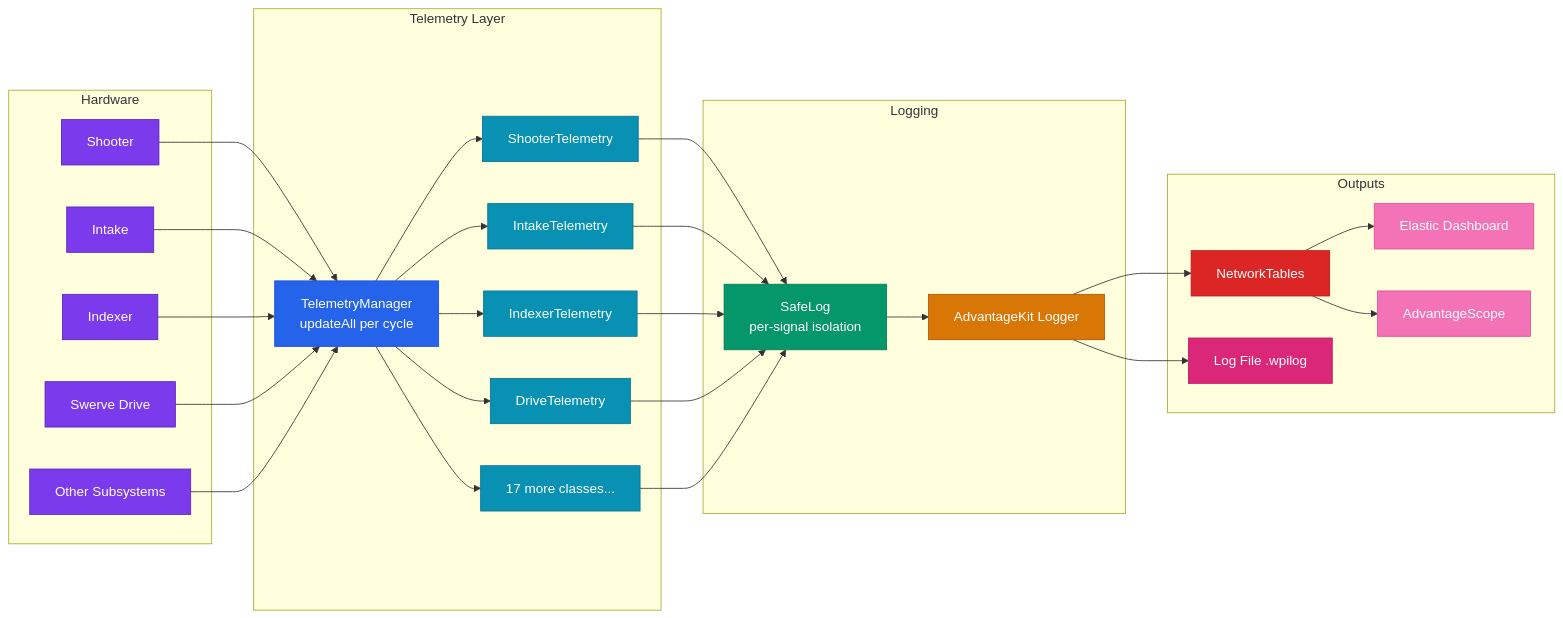
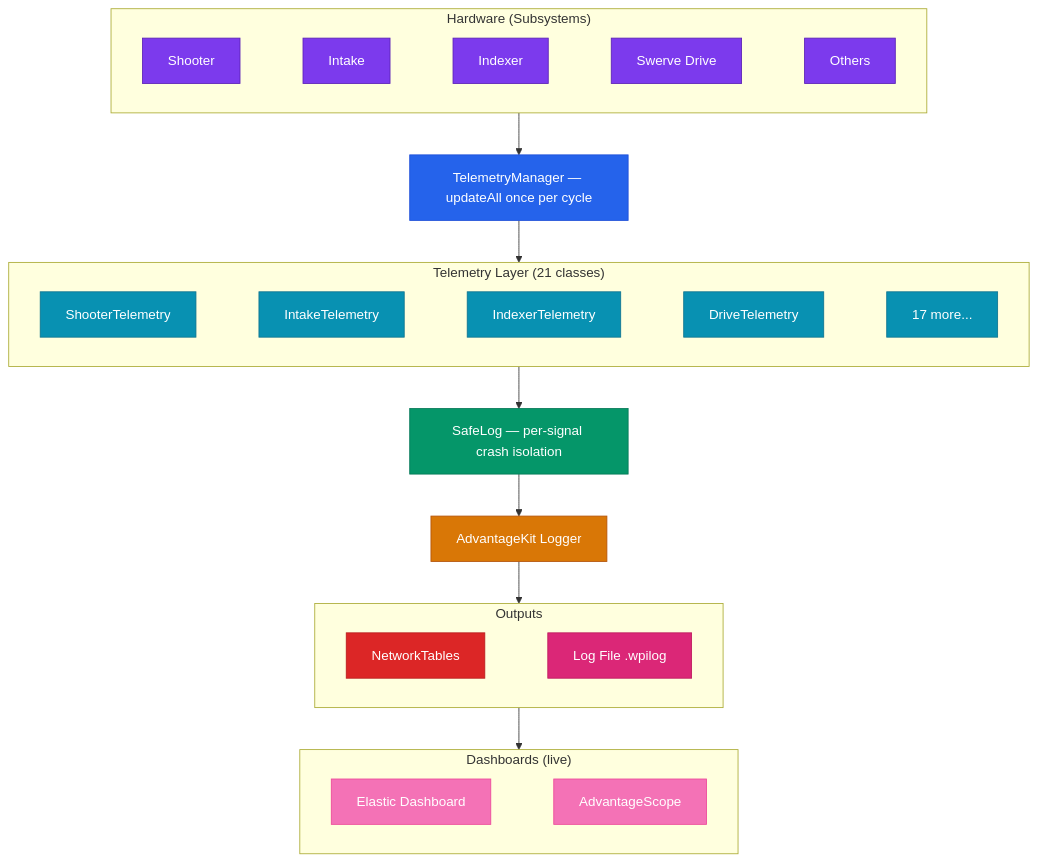
Before and after one commit to eeveemara/frc5962-2026-docs: the first of 3 diagrams in docs/architecture/system-overview.md, drawn with Mermaid. The commit also changed other lines of this file and 5 other files, not shown here.

Commit message:
chart clean up

````diff
--- a/docs/architecture/system-overview.md
+++ b/docs/architecture/system-overview.md
@@ -11,56 +11,48 @@
 ```mermaid
-flowchart LR
-    subgraph Hardware
-        S1[Shooter]
-        S2[Intake]
-        S3[Indexer]
-        S4[Swerve Drive]
-        S5[Other Subsystems]
+flowchart TB
+    subgraph HW ["Hardware (Subsystems)"]
+        direction LR
+        S1[Shooter] ~~~ S2[Intake] ~~~ S3[Indexer] ~~~ S4[Swerve Drive] ~~~ S5[Others]
     end
 
-    subgraph Telemetry Layer
-        TM[TelemetryManager<br/>updateAll per cycle]
-        T1[ShooterTelemetry]
-        T2[IntakeTelemetry]
-        T3[IndexerTelemetry]
-        T4[DriveTelemetry]
-        T5[17 more classes...]
+    TM[TelemetryManager — updateAll once per cycle]
+
+    subgraph TEL ["Telemetry Layer (21 classes)"]
+        direction LR
+        T1[ShooterTelemetry] ~~~ T2[IntakeTelemetry] ~~~ T3[IndexerTelemetry] ~~~ T4[DriveTelemetry] ~~~ T5[17 more...]
     end
 
-    subgraph Logging
-        SL[SafeLog<br/>per-signal isolation]
-        AK[AdvantageKit Logger]
+    SL[SafeLog — per-signal crash isolation]
+    AK[AdvantageKit Logger]
+
+    subgraph OUT ["Outputs"]
+        direction LR
+        NT[NetworkTables] ~~~ LOG[Log File .wpilog]
     end
 
-    subgraph Outputs
-        NT[NetworkTables]
-        LOG[Log File .wpilog]
-        EL[Elastic Dashboard]
-        AS[AdvantageScope]
+    subgraph DASH ["Dashboards (live)"]
+        direction LR
+        EL[Elastic Dashboard] ~~~ AS[AdvantageScope]
     end
 
-    S1 & S2 & S3 & S4 & S5 --> TM
-    TM --> T1 & T2 & T3 & T4 & T5
-    T1 & T2 & T3 & T4 & T5 --> SL
-    SL --> AK
-    AK --> NT & LOG
-    NT --> EL & AS
+    HW --> TM --> TEL --> SL --> AK --> OUT
+    NT --> DASH
 
     style S1 fill:#7c3aed,stroke:#5b21b6,color:#fff
     style S2 fill:#7c3aed,stroke:#5b21b6,color:#fff
     style S3 fill:#7c3aed,stroke:#5b21b6,color:#fff
     style S4 fill:#7c3aed,stroke:#5b21b6,color:#fff
     style S5 fill:#7c3aed,stroke:#5b21b6,color:#fff
     style TM fill:#2563eb,stroke:#1d4ed8,color:#fff
     style T1 fill:#0891b2,stroke:#0e7490,color:#fff
     style T2 fill:#0891b2,stroke:#0e7490,color:#fff
     style T3 fill:#0891b2,stroke:#0e7490,color:#fff
     style T4 fill:#0891b2,stroke:#0e7490,color:#fff
     style T5 fill:#0891b2,stroke:#0e7490,color:#fff
     style SL fill:#059669,stroke:#047857,color:#fff
     style AK fill:#d97706,stroke:#b45309,color:#fff
     style NT fill:#dc2626,stroke:#b91c1c,color:#fff
     style LOG fill:#db2777,stroke:#be185d,color:#fff
     style EL fill:#f472b6,stroke:#ec4899,color:#fff
     style AS fill:#f472b6,stroke:#ec4899,color:#fff
 ```
````
